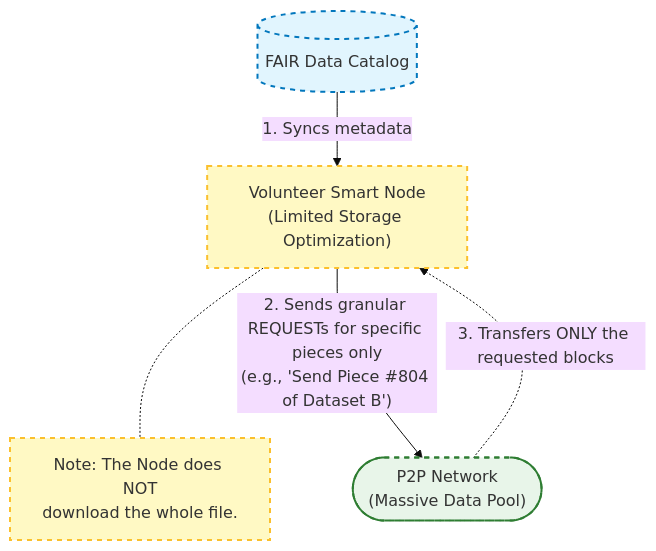
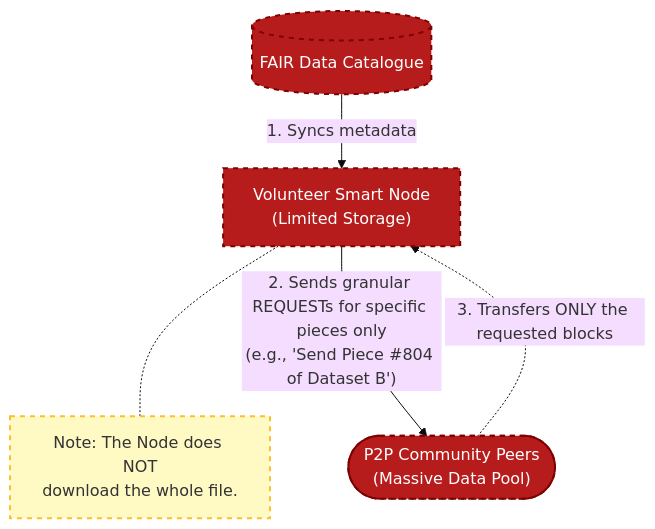
Before and after one commit to dataforcanada/d4c-infra-distribution: the second of 2 diagrams in README.md, drawn with Mermaid (base theme). The commit also changed other lines of this file, not shown here.

````diff
--- a/README.md
+++ b/README.md
@@ -120,26 +133,25 @@
 ```mermaid
 graph TD
-    %% Node Definitions with custom labels
-    Catalog[("FAIR Data Catalog")]
-    SmartNode["Volunteer Smart Node<br/>(Limited Storage Optimization)"]
-    BTNetwork(["P2P Network<br/>(Massive Data Pool)"])
+    Catalogue[("FAIR Data Catalogue")]
+    SmartNode["Volunteer Smart Node<br/>(Limited Storage)"]
+    P2PNetwork(["P2P Community Peers<br/>(Massive Data Pool)"])
 
-    %% The Process Flow
-    Catalog -->|"1. Syncs metadata"| SmartNode
+    Catalogue -->|"1. Syncs metadata"| SmartNode
     
     note["Note: The Node does NOT<br/>download the whole file."]
     SmartNode -.- note
 
-    SmartNode -->|"2. Sends granular REQUESTs for specific pieces only<br/>(e.g., 'Send Piece #804 of Dataset B')"| BTNetwork
+    SmartNode -->|"2. Sends granular REQUESTs for specific pieces only<br/>(e.g., 'Send Piece #804 of Dataset B')"| P2PNetwork
     
-    BTNetwork -.->|"3. Transfers ONLY the requested blocks"| SmartNode
+    P2PNetwork -.->|"3. Transfers ONLY the requested blocks"| SmartNode
 
-    %% Optional Styling for visual clarity
-    classDef central fill:#e1f5fe,stroke:#0277bd,stroke-width:2px;
     classDef node fill:#fff9c4,stroke:#fbc02d,stroke-width:2px,stroke-dasharray: 5 5;
     classDef network fill:#e8f5e9,stroke:#2e7d32,stroke-width:2px;
     
-    class Catalog central;
-    class SmartNode node;
-    class BTNetwork network;
+    style Catalogue fill:#B71C1C,stroke:#7F0000,color:#FFFFFF
+    style P2PNetwork fill:#B71C1C,stroke:#7F0000,color:#FFFFFF
+    style SmartNode fill:#B71C1C,stroke:#7F0000,color:#FFFFFF
+
+    click Catalogue "https://stac-utils.github.io/stac-geoparquet/latest/spec/stac-geoparquet-spec/";
+    click SmartNode "https://www.dataforcanada.org/infrastructure/";
 ```
````
